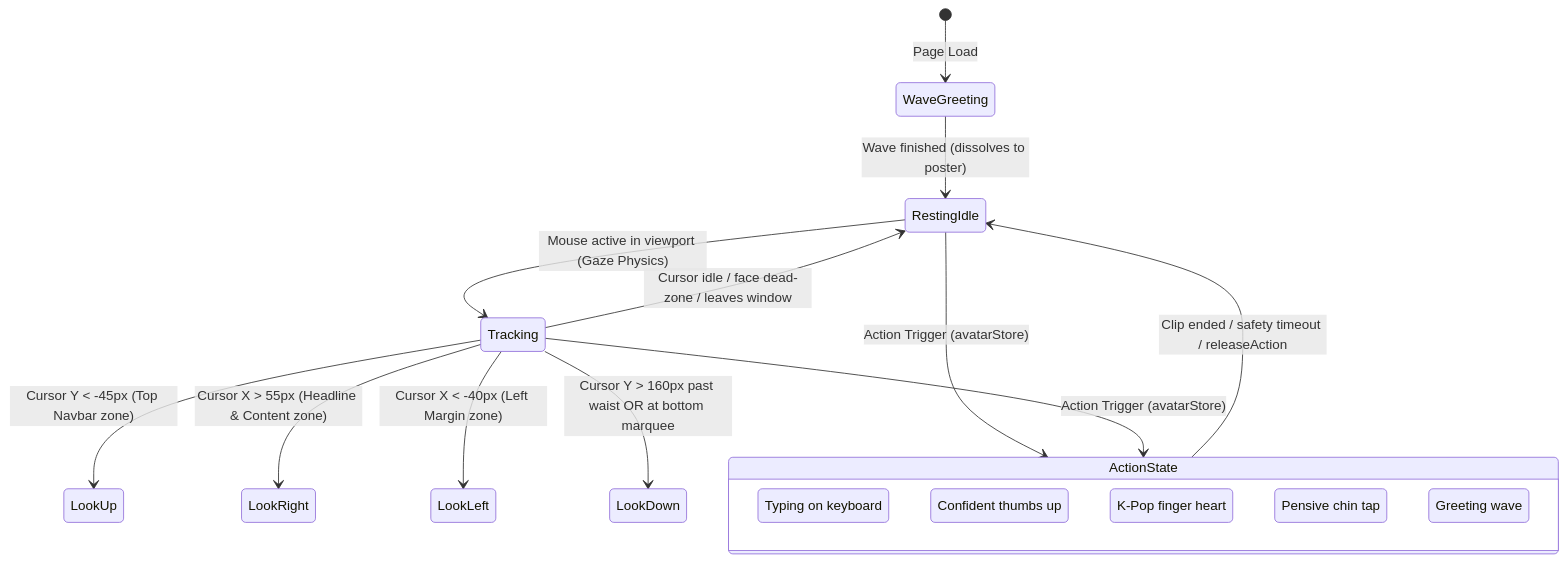
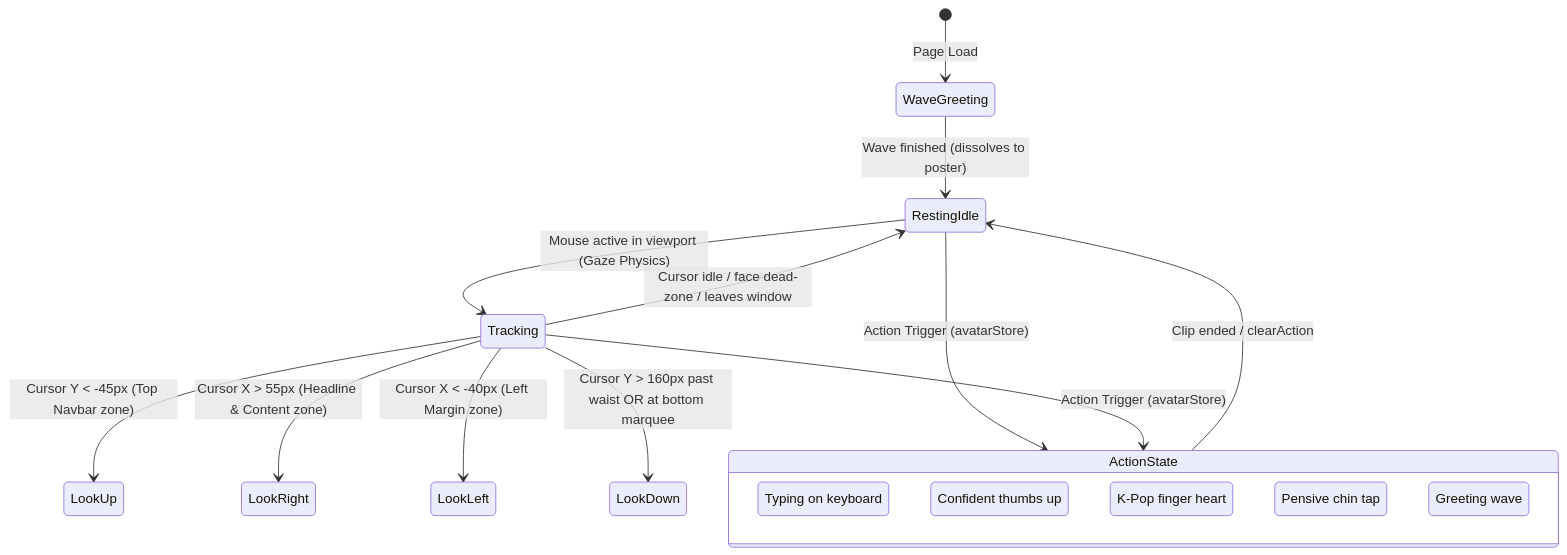
Before and after one commit to nmrisrl11/nmrisrl-v3: the diagram in docs/06-avatar-interactive-engine.md, drawn with Mermaid. The commit also changed other lines of this file and 4 other files, not shown here.

First line of the commit message:
fix(avatar): resolve action preemption, video cleanup leaks, and seal release

````diff
--- a/docs/06-avatar-interactive-engine.md
+++ b/docs/06-avatar-interactive-engine.md
@@ -27,22 +27,22 @@
 ```mermaid
 stateDiagram-v2
     [*] --> WaveGreeting: Page Load
     WaveGreeting --> RestingIdle: Wave finished (dissolves to poster)
     RestingIdle --> Tracking: Mouse active in viewport (Gaze Physics)
     Tracking --> LookUp: Cursor Y < -45px (Top Navbar zone)
     Tracking --> LookRight: Cursor X > 55px (Headline & Content zone)
     Tracking --> LookLeft: Cursor X < -40px (Left Margin zone)
     Tracking --> LookDown: Cursor Y > 160px past waist OR at bottom marquee
     Tracking --> RestingIdle: Cursor idle / face dead-zone / leaves window
 
     RestingIdle --> ActionState: Action Trigger (avatarStore)
     Tracking --> ActionState: Action Trigger (avatarStore)
     state ActionState {
         Coding: Typing on keyboard
         ThumbsUp: Confident thumbs up
         FingerHeart: K-Pop finger heart
         Thinking: Pensive chin tap
         Wave: Greeting wave
     }
-    ActionState --> RestingIdle: Clip ended / safety timeout / releaseAction
+    ActionState --> RestingIdle: Clip ended / clearAction
 ```
````
